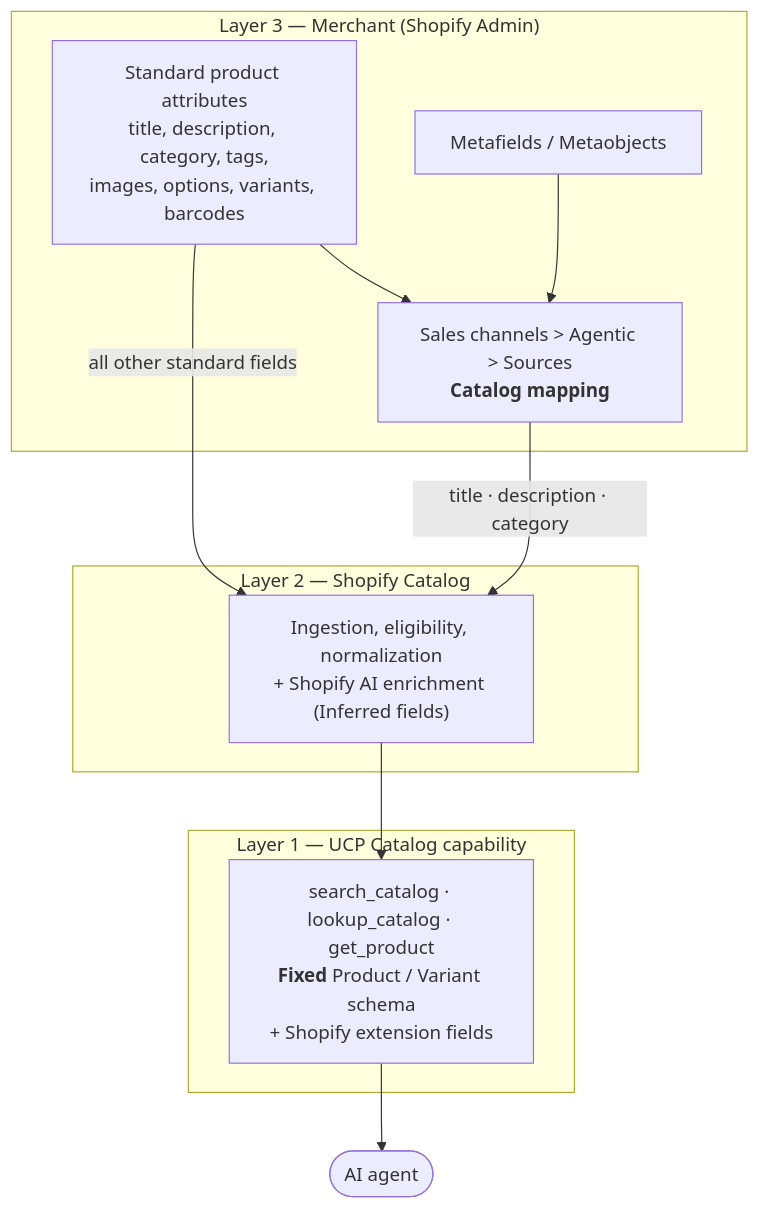
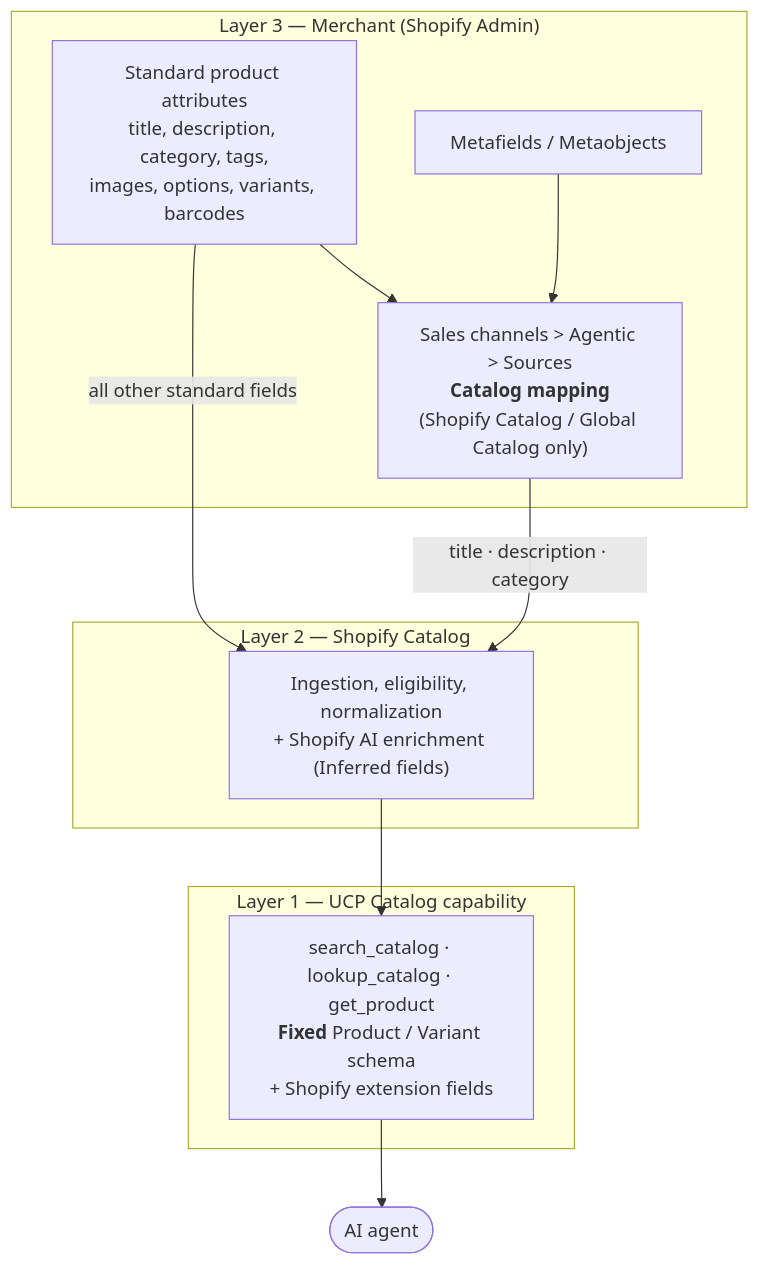
The first of 3 diagrams in docs/catalog-field-mapping.md (benzookapi/shopify-ucp-demo-mcp), drawn with Mermaid before and after one commit. The commit also changed other lines of this file, not shown here.

Commit message:
Correct catalog field mapping documentation

````diff
--- a/docs/catalog-field-mapping.md
+++ b/docs/catalog-field-mapping.md
@@ -16,21 +18,21 @@
 ```mermaid
 flowchart TB
     subgraph L3["Layer 3 — Merchant (Shopify Admin)"]
         PA["Standard product attributes<br/>title, description, category, tags,<br/>images, options, variants, barcodes"]
         MF["Metafields / Metaobjects"]
-        MAP["Sales channels &gt; Agentic &gt; Sources<br/><b>Catalog mapping</b>"]
+        MAP["Sales channels &gt; Agentic &gt; Sources<br/><b>Catalog mapping</b><br/>(Shopify Catalog / Global Catalog only)"]
     end
     subgraph L2["Layer 2 — Shopify Catalog"]
         ING["Ingestion, eligibility, normalization<br/>+ Shopify AI enrichment (Inferred fields)"]
     end
     subgraph L1["Layer 1 — UCP Catalog capability"]
         RESP["search_catalog · lookup_catalog · get_product<br/><b>Fixed</b> Product / Variant schema<br/>+ Shopify extension fields"]
     end
 
     PA --> MAP
     MF --> MAP
     MAP -->|title · description · category| ING
     PA -->|all other standard fields| ING
     ING --> RESP
     RESP --> AGENT(["AI agent"])
 ```
````
